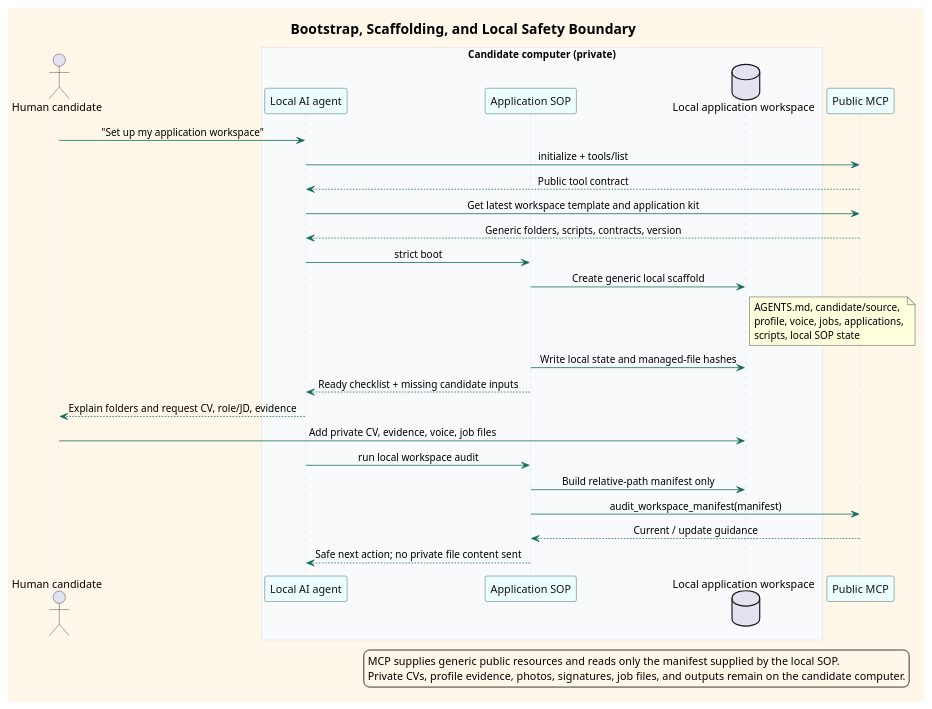
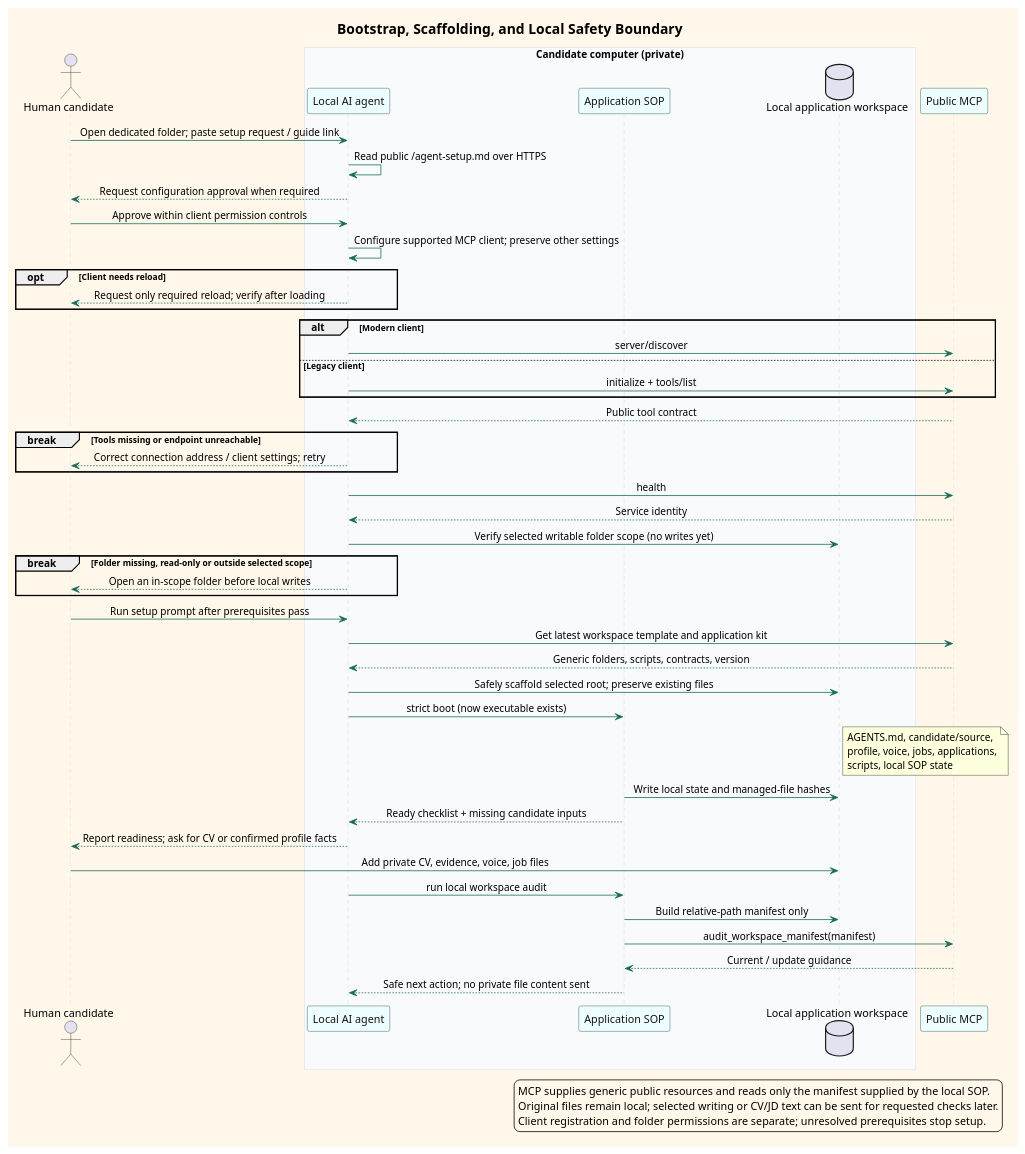
One commit to nlcuong85/cuongcv changed the diagram in experimental/application-package-mcp/resources/diagrams/bootstrap-scaffolding-flow.puml. Above: the diagram before and after it, drawn with PlantUML. The commit also changed 41 other files, not shown here.

Commit message:
Release Job MCP agent-led onboarding

```diff
--- a/experimental/application-package-mcp/resources/diagrams/bootstrap-scaffolding-flow.puml
+++ b/experimental/application-package-mcp/resources/diagrams/bootstrap-scaffolding-flow.puml
@@ -1,58 +1,80 @@
 @startuml
 ' Traceability:
 ' - resilient-application-mcp requirements: R5B, R18A-R18F, R19-R28
 ' - resilient-application-mcp design: bootstrap, local scaffolding, manifest audit
 title Bootstrap, Scaffolding, and Local Safety Boundary
 
 skinparam backgroundColor #FFF8EA
 skinparam sequence {
   ArrowColor #156B59
   LifeLineBorderColor #CBD5E1
   LifeLineBackgroundColor #F8FAFC
   ParticipantBorderColor #123F37
   ParticipantBackgroundColor #ECFEFF
   ParticipantFontColor #17130F
   BoxBorderColor #CBD5E1
   BoxBackgroundColor #F8FAFC
 }
 skinparam titleFontSize 18
 skinparam sequenceMessageAlign center
 
 actor "Human candidate" as Human
 box "Candidate computer (private)" #F8FAFC
 participant "Local AI agent" as Agent
 participant "Application SOP" as SOP
 database "Local application workspace" as Workspace
 end box
 participant "Public MCP" as MCP
 
-Human -> Agent: "Set up my application workspace"
-Agent -> MCP: initialize + tools/list
+Human -> Agent: Open dedicated folder; paste setup request / guide link
+Agent -> Agent: Read public /agent-setup.md over HTTPS
+Agent --> Human: Request configuration approval when required
+Human -> Agent: Approve within client permission controls
+Agent -> Agent: Configure supported MCP client; preserve other settings
+opt Client needs reload
+  Agent --> Human: Request only required reload; verify after loading
+end
+alt Modern client
+  Agent -> MCP: server/discover
+else Legacy client
+  Agent -> MCP: initialize + tools/list
+end
 MCP --> Agent: Public tool contract
+break Tools missing or endpoint unreachable
+  Agent --> Human: Correct connection address / client settings; retry
+end
+Agent -> MCP: health
+MCP --> Agent: Service identity
+Agent -> Workspace: Verify selected writable folder scope (no writes yet)
+break Folder missing, read-only or outside selected scope
+  Agent --> Human: Open an in-scope folder before local writes
+end
+Human -> Agent: Run setup prompt after prerequisites pass
 Agent -> MCP: Get latest workspace template and application kit
 MCP --> Agent: Generic folders, scripts, contracts, version
 
-Agent -> SOP: strict boot
-SOP -> Workspace: Create generic local scaffold
+Agent -> Workspace: Safely scaffold selected root; preserve existing files
+Agent -> SOP: strict boot (now executable exists)
 note right of Workspace
 AGENTS.md, candidate/source,
 profile, voice, jobs, applications,
 scripts, local SOP state
 end note
 SOP -> Workspace: Write local state and managed-file hashes
 SOP --> Agent: Ready checklist + missing candidate inputs
-Agent --> Human: Explain folders and request CV, role/JD, evidence
+Agent --> Human: Report readiness; ask for CV or confirmed profile facts
 
 Human -> Workspace: Add private CV, evidence, voice, job files
 Agent -> SOP: run local workspace audit
 SOP -> Workspace: Build relative-path manifest only
 SOP -> MCP: audit_workspace_manifest(manifest)
 MCP --> SOP: Current / update guidance
 SOP --> Agent: Safe next action; no private file content sent
 
 legend right
 MCP supplies generic public resources and reads only the manifest supplied by the local SOP.
-Private CVs, profile evidence, photos, signatures, job files, and outputs remain on the candidate computer.
+Original files remain local; selected writing or CV/JD text can be sent for requested checks later.
+Client registration and folder permissions are separate; unresolved prerequisites stop setup.
 endlegend
 
 @enduml
```
